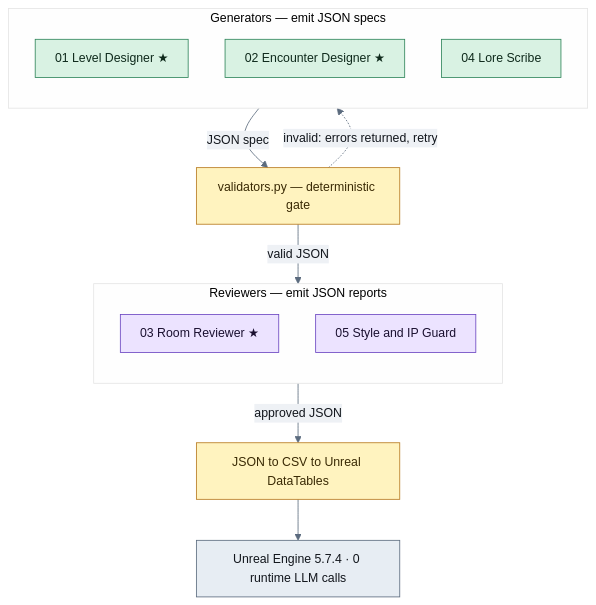
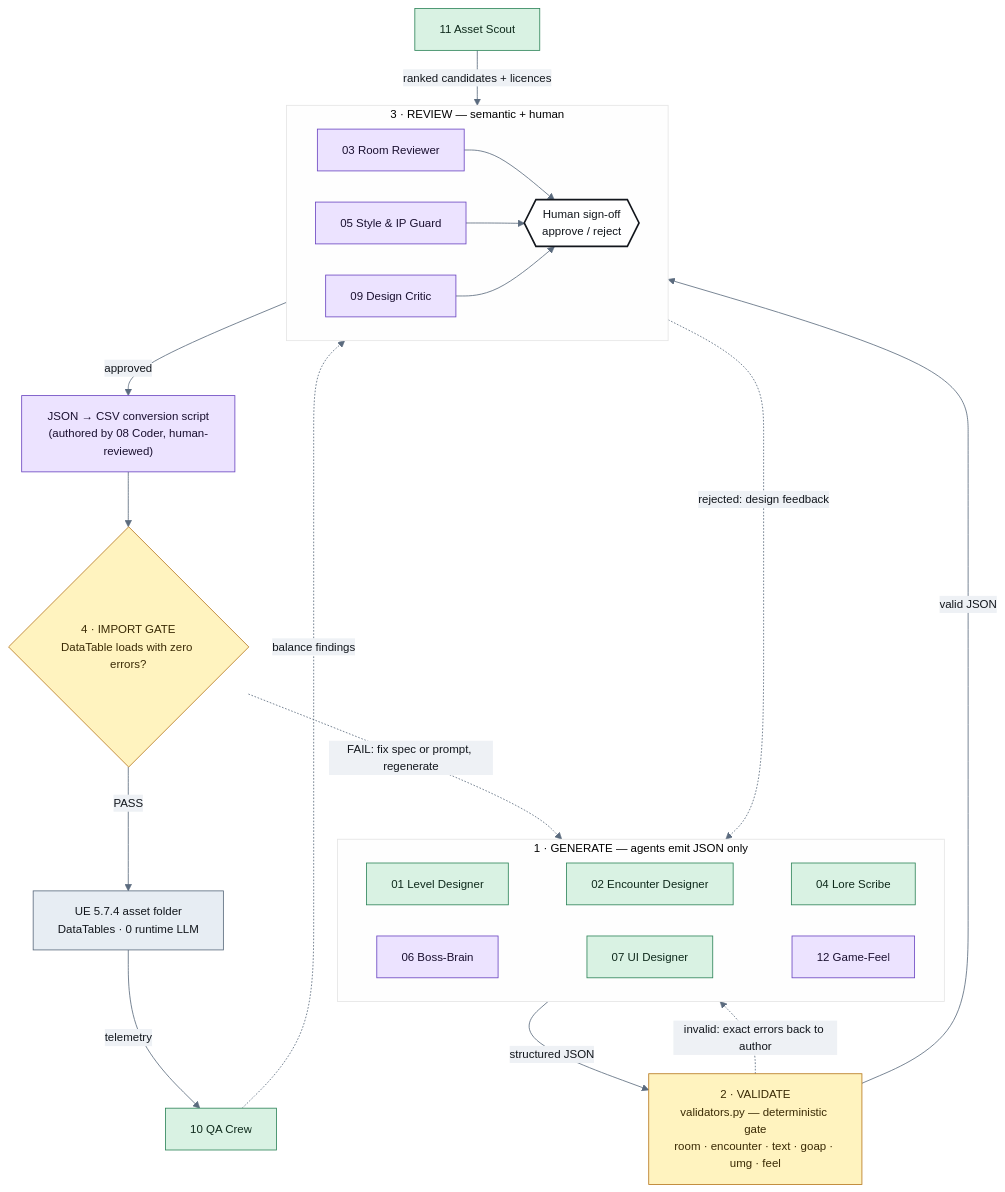
The diagram in assignment-03-agent-crew/README.md (adriangarciaestrada/Echoes-ELVTR), drawn with Mermaid before and after one commit. The commit also changed other lines of this file, not shown here.

Commit message:
docs: reframe architecture diagram as the four-stage pipeline
Generate -> validate -> review -> import as the backbone, with an
explicit human sign-off node in review and a pass/fail import gate in
front of the engine; failures loop back to the generating agent.
Prose updated to match (six validator kinds, wired chains).

````diff
--- a/assignment-03-agent-crew/README.md
+++ b/assignment-03-agent-crew/README.md
@@ -54,27 +56,45 @@
 ```mermaid
-%%{init: {'theme':'base','flowchart':{'padding':12,'nodeSpacing':45,'rankSpacing':50,'htmlLabels':true},'themeVariables':{'background':'#ffffff','primaryColor':'#eef1f5','primaryTextColor':'#12161c','primaryBorderColor':'#8a94a3','lineColor':'#5b6b7e','edgeLabelBackground':'#eef1f5','fontSize':'15px','fontFamily':'system-ui, -apple-system, Segoe UI, sans-serif'}}}%%
+%%{init: {'theme':'base','flowchart':{'nodeSpacing':38,'rankSpacing':46,'htmlLabels':true},'themeVariables':{'background':'#ffffff','primaryColor':'#eef1f5','primaryTextColor':'#12161c','primaryBorderColor':'#8a94a3','lineColor':'#5b6b7e','edgeLabelBackground':'#eef1f5','fontSize':'14px','fontFamily':'system-ui, -apple-system, Segoe UI, sans-serif'}}}%%
 flowchart TD
-    subgraph GEN["Generators — emit JSON specs"]
-        direction TB
-        A01["01 Level Designer  ★"]:::gemini
-        A02["02 Encounter Designer  ★"]:::gemini
+    subgraph GEN["1 · GENERATE — agents emit JSON only"]
+        A01["01 Level Designer"]:::gemini
+        A02["02 Encounter Designer"]:::gemini
         A04["04 Lore Scribe"]:::gemini
+        A06["06 Boss-Brain"]:::claude
+        A07["07 UI Designer"]:::gemini
+        A12["12 Game-Feel"]:::claude
+        A01 ~~~ A02 ~~~ A04
+        A06 ~~~ A07 ~~~ A12
     end
-    GEN -->|JSON spec| GATE
-    GATE["validators.py — deterministic gate"]:::gate
-    GATE -.->|invalid: errors returned, retry| GEN
-    GATE -->|valid JSON| REV
-    subgraph REV["Reviewers — emit JSON reports"]
-        direction TB
-        A03["03 Room Reviewer  ★"]:::claude
-        A05["05 Style and IP Guard"]:::claude
+
+    GEN -->|structured JSON| VAL["2 · VALIDATE<br/>validators.py — deterministic gate<br/>room · encounter · text · goap · umg · feel"]:::gate
+    VAL -.->|"invalid: exact errors back to author"| GEN
+
+    VAL -->|valid JSON| REV
+    subgraph REV["3 · REVIEW — semantic + human"]
+        direction LR
+        A03["03 Room Reviewer"]:::claude
+        A05["05 Style &amp; IP Guard"]:::claude
+        A09["09 Design Critic"]:::claude
+        HUM{{"Human sign-off<br/>approve / reject"}}:::human
+        A03 --> HUM
+        A05 --> HUM
+        A09 --> HUM
     end
-    REV -->|approved JSON| SEAM
-    SEAM["JSON to CSV to Unreal DataTables"]:::gate
-    SEAM --> UE["Unreal Engine 5.7.4 · 0 runtime LLM calls"]:::engine
+    HUM -.->|"rejected: design feedback"| GEN
+
+    HUM -->|approved| CONV["JSON → CSV conversion script<br/>(authored by 08 Coder, human-reviewed)"]:::claude
+    CONV --> CHK{"4 · IMPORT GATE<br/>DataTable loads with zero errors?"}:::gate
+    CHK -->|PASS| UE["UE 5.7.4 asset folder<br/>DataTables · 0 runtime LLM"]:::engine
+    CHK -.->|"FAIL: fix spec or prompt, regenerate"| GEN
+
+    UE -->|telemetry| A10["10 QA Crew"]:::gemini
+    A10 -.->|balance findings| HUM
+    A11["11 Asset Scout"]:::gemini -->|"ranked candidates + licences"| HUM
 
     classDef gemini fill:#d9f2e3,stroke:#2f855a,color:#0f2a1c;
     classDef claude fill:#ece3ff,stroke:#6b46c1,color:#1a1030;
     classDef gate   fill:#fff3bf,stroke:#b7791f,color:#3a2a05;
     classDef engine fill:#e7edf3,stroke:#5b6b7e,color:#12161c;
+    classDef human  fill:#ffffff,stroke:#12161c,stroke-width:2px,color:#12161c;
 ```
````
